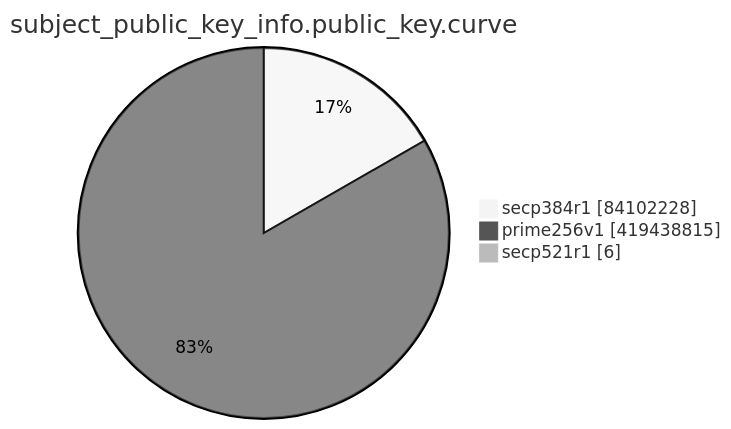
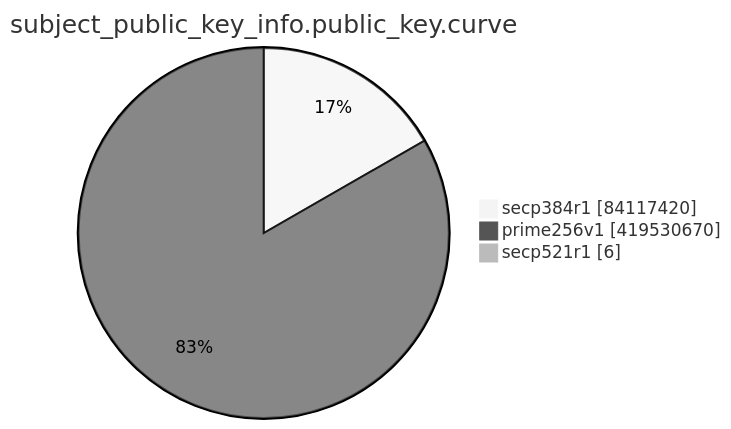
Before and after one commit to christiankrug/ctmonitor_visualization: the eighth of 15 diagrams in TOTAL/README.md, drawn with Mermaid (neutral theme). The commit also changed other lines of this file, not shown here.

````diff
--- a/TOTAL/README.md
+++ b/TOTAL/README.md
@@ -3099,7 +3099,7 @@
 ```mermaid
 pie showData
 title subject_public_key_info.public_key.curve
-"secp384r1" :84102228
-"prime256v1" :419438815
+"secp384r1" :84117420
+"prime256v1" :419530670
 "secp521r1" :6
 ```
````
